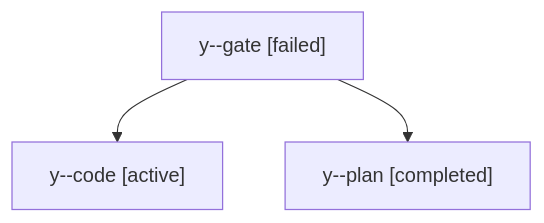
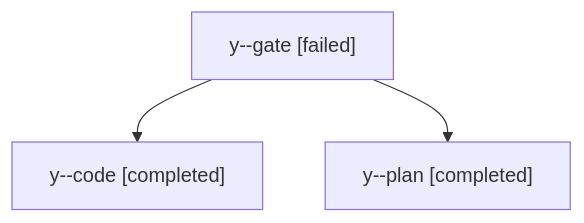
Before and after one commit to sase-org/sase--agents: the diagram in sessions/bbugyi200.apollo.y.md, drawn with Mermaid. The commit also changed other lines of this file and 10 other files, not shown here.

````diff
--- a/sessions/bbugyi200.apollo.y.md
+++ b/sessions/bbugyi200.apollo.y.md
@@ -9,8 +9,8 @@
 ```mermaid
 flowchart TD
   n0["y--gate [failed]"]
-  n1["y--code [active]"]
+  n1["y--code [completed]"]
   n0 --> n1
   n2["y--plan [completed]"]
   n0 --> n2
 ```
````
